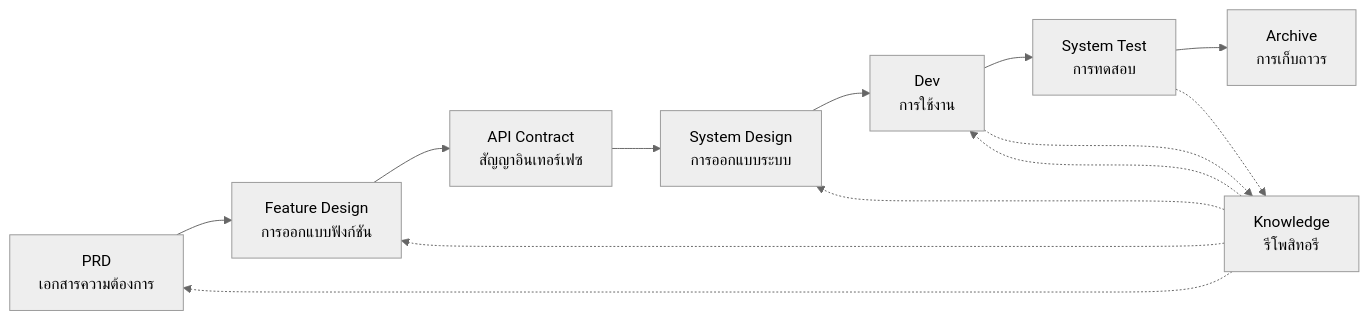
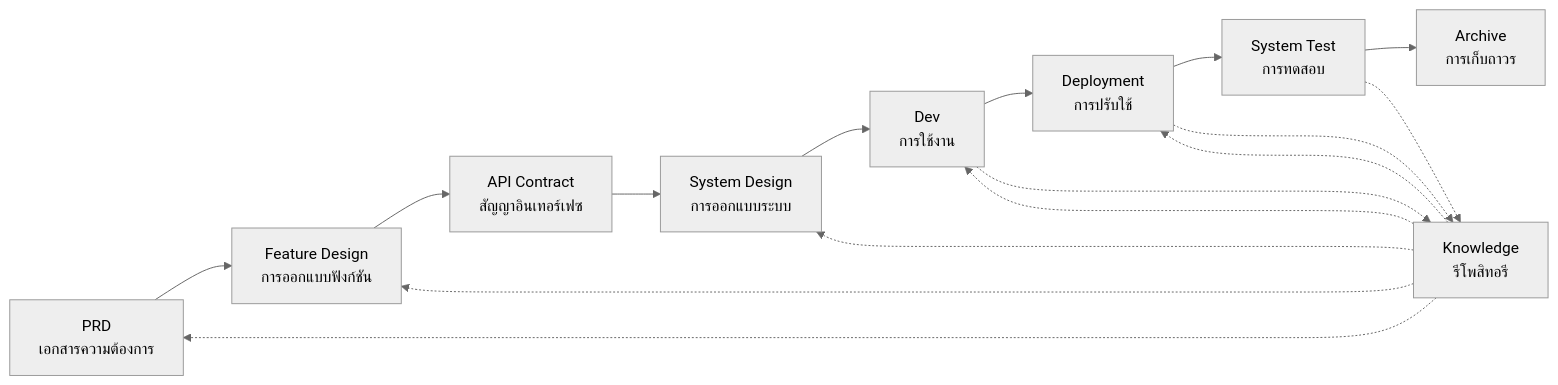
The diagram in README.th.md (charlesmu99/speccrew), drawn with Mermaid (neutral theme) before and after one commit. The commit also changed other lines of this file and 35 other files, not shown here.

````diff
--- a/README.th.md
+++ b/README.th.md
@@ -166,17 +166,20 @@
 ```mermaid
 graph LR
     A[PRD<br/>เอกสารความต้องการ] --> B[Feature Design<br/>การออกแบบฟังก์ชัน]
     B --> C[API Contract<br/>สัญญาอินเทอร์เฟซ]
     C --> D[System Design<br/>การออกแบบระบบ]
     D --> E[Dev<br/>การใช้งาน]
-    E --> F[System Test<br/>การทดสอบ]
-    F --> G[Archive<br/>การเก็บถาวร]
+    E --> F[Deployment<br/>การปรับใช้]
+    F --> G[System Test<br/>การทดสอบ]
+    G --> H[Archive<br/>การเก็บถาวร]
     
-    H[Knowledge<br/>รีโพสิทอรี] -.-> A
-    H -.-> B
-    H -.-> D
-    H -.-> E
+    I[Knowledge<br/>รีโพสิทอรี] -.-> A
+    I -.-> B
+    I -.-> D
+    I -.-> E
+    I -.-> F
     
-    E -.-> H
-    F -.-> H
+    E -.-> I
+    F -.-> I
+    G -.-> I
 ```
````
